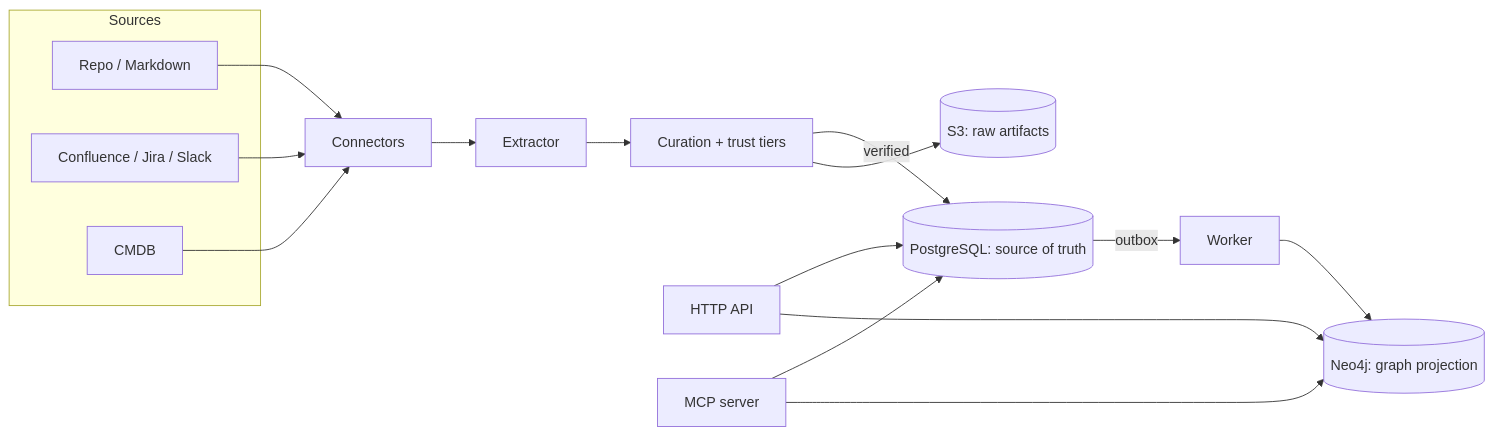
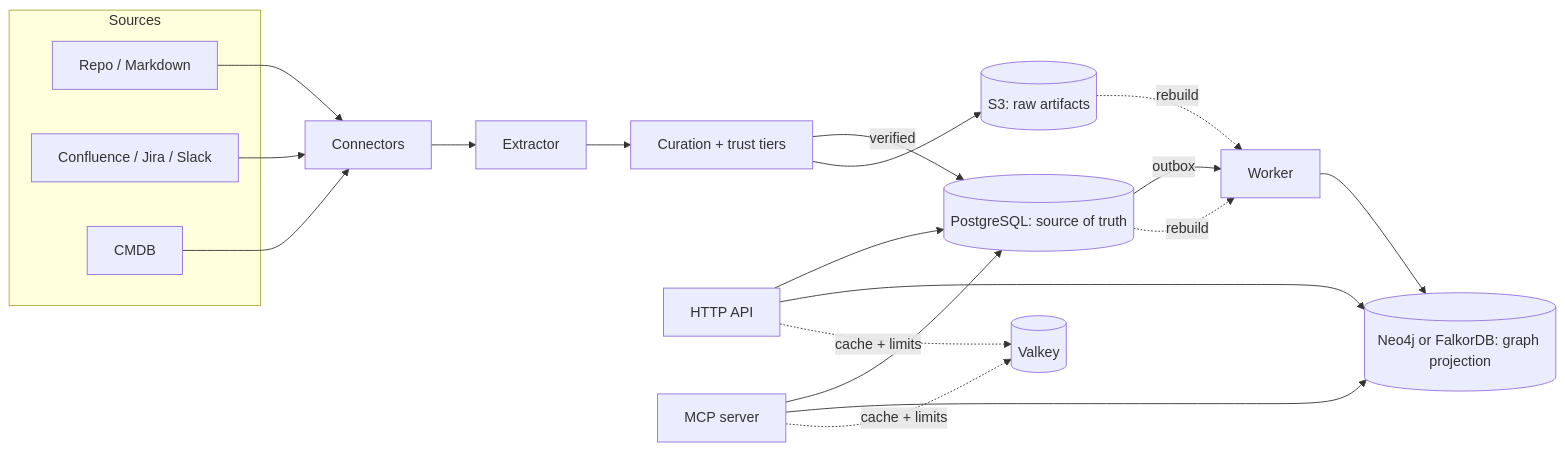
Before and after one commit to KKloudTarus/vera: the first of 4 diagrams in docs/architecture.md, drawn with Mermaid. The commit also changed other lines of this file and 25 other files, not shown here.

First line of the commit message:
docs: refresh for v0.2.1, add diagrams, Title Case headings (#39)

````diff
--- a/docs/architecture.md
+++ b/docs/architecture.md
@@ -18,17 +18,19 @@
 ```mermaid
 flowchart LR
   subgraph Sources
     R[Repo / Markdown]
     C[Confluence / Jira / Slack]
     M[CMDB]
   end
   R & C & M --> CO[Connectors]
   CO --> EX[Extractor]
   EX --> CU[Curation + trust tiers]
   CU -->|verified| PG[(PostgreSQL: source of truth)]
   CU --> S3[(S3: raw artifacts)]
   PG -->|outbox| W[Worker]
-  W --> NEO[(Neo4j: graph projection)]
-  API[HTTP API] --> PG & NEO
-  MCP[MCP server] --> PG & NEO
+  W --> GR[(Neo4j or FalkorDB: graph projection)]
+  PG & S3 -. rebuild .-> W
+  API[HTTP API] --> PG & GR
+  MCP[MCP server] --> PG & GR
+  API & MCP -. cache + limits .-> VK[(Valkey)]
 ```
````
